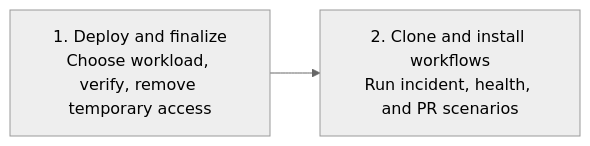
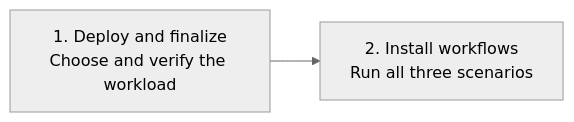
The diagram in labs/onboardinglab/README.md (microsoft/sre-agent), drawn with Mermaid (neutral theme) before and after one commit. The commit also changed other lines of this file and 3 other files, not shown here.

````diff
--- a/labs/onboardinglab/README.md
+++ b/labs/onboardinglab/README.md
@@ -21,6 +21,6 @@
 ```mermaid
 flowchart LR
-   deploy["1. Deploy and finalize<br/>Choose workload, verify, remove temporary access"]
-   workflow["2. Clone and install workflows<br/>Run incident, health, and PR scenarios"]
+   deploy["1. Deploy and finalize<br/>Choose and verify the workload"]
+   workflow["2. Install workflows<br/>Run all three scenarios"]
    deploy --> workflow
 ```
````
